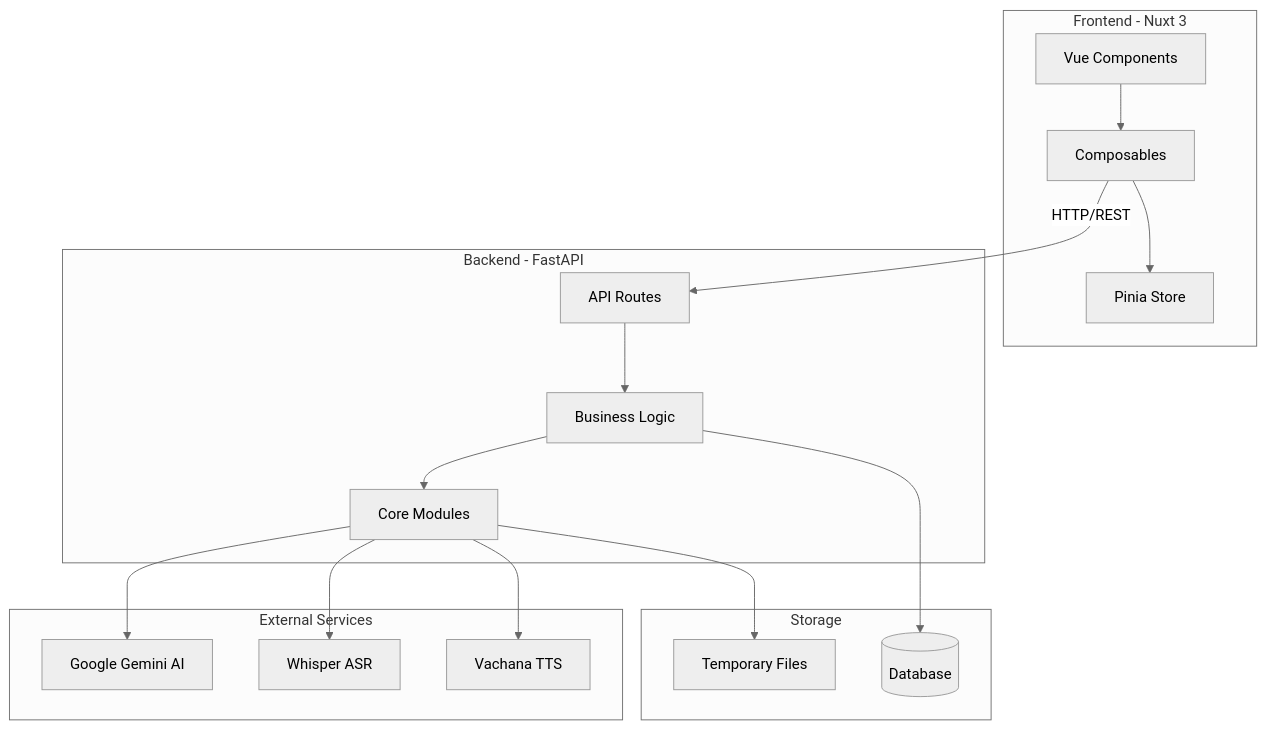
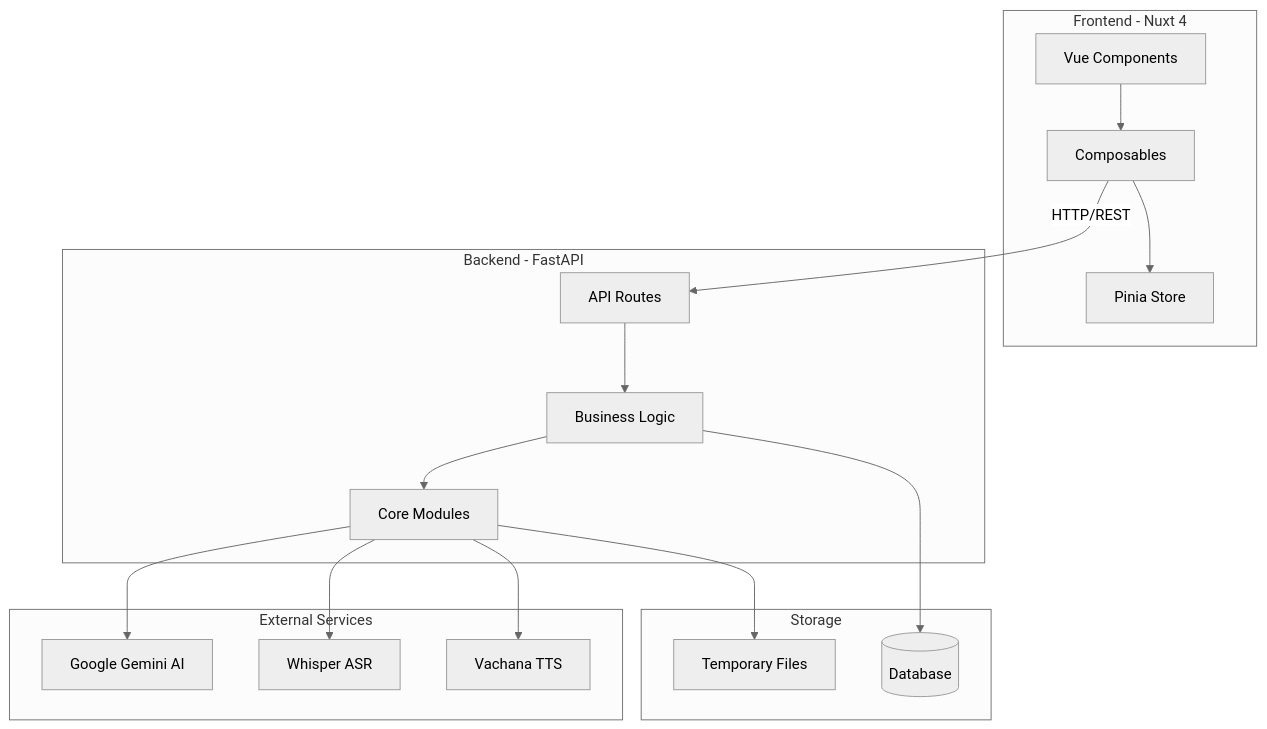
Before and after one commit to folknawatt/ai-interview: the first of 4 diagrams in docs/architecture/overview.md, drawn with Mermaid (neutral theme). The commit also changed other lines of this file and 4 other files, not shown here.

First line of the commit message:
docs: update API, architecture, and deployment documentation

````diff
--- a/docs/architecture/overview.md
+++ b/docs/architecture/overview.md
@@ -7,37 +7,37 @@
 ```mermaid
 graph TB
-    subgraph "Frontend - Nuxt 3"
+    subgraph "Frontend - Nuxt 4"
         UI[Vue Components]
         Store[Pinia Store]
         Composables[Composables]
         UI --> Composables
         Composables --> Store
     end
 
     subgraph "Backend - FastAPI"
         API[API Routes]
         Services[Business Logic]
         Core[Core Modules]
 
         API --> Services
         Services --> Core
     end
 
     subgraph "External Services"
         Gemini[Google Gemini AI]
         Whisper[Whisper ASR]
         TTS[Vachana TTS]
     end
 
     subgraph "Storage"
         TempStorage[Temporary Files]
         Database[(Database)]
     end
 
     Composables -->|HTTP/REST| API
     Core --> Gemini
     Core --> Whisper
     Core --> TTS
     Services --> Database
     Core --> TempStorage
 ```
````
